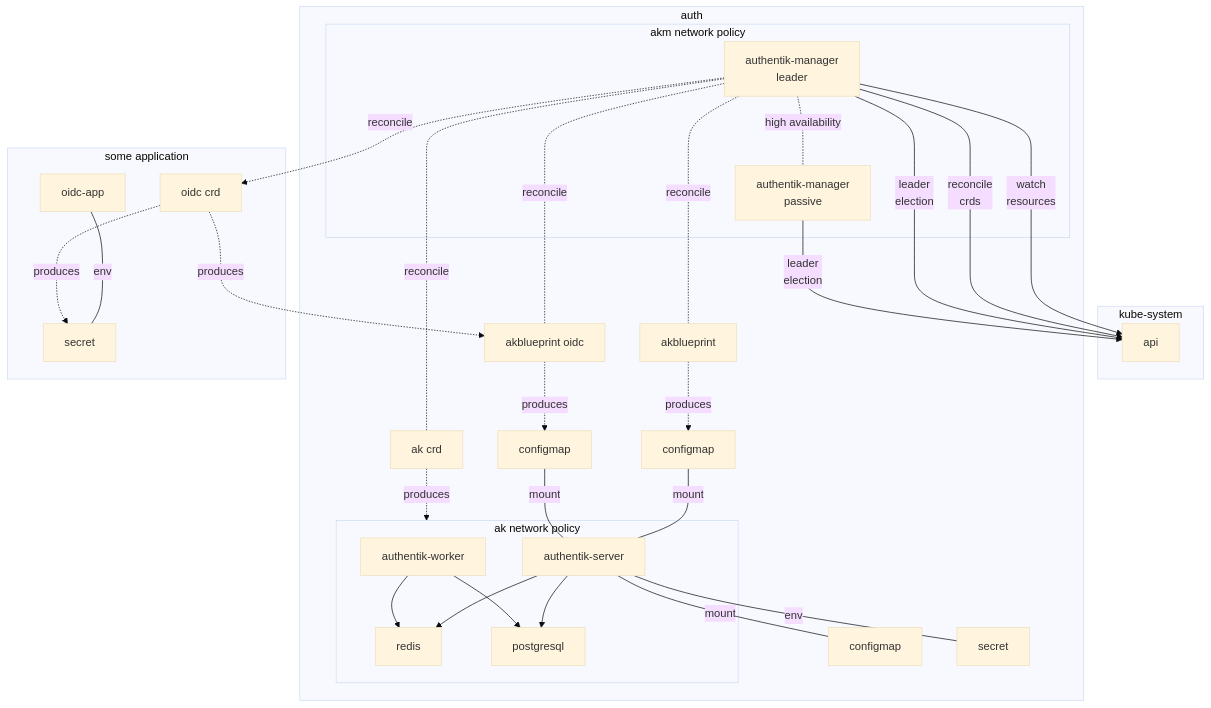
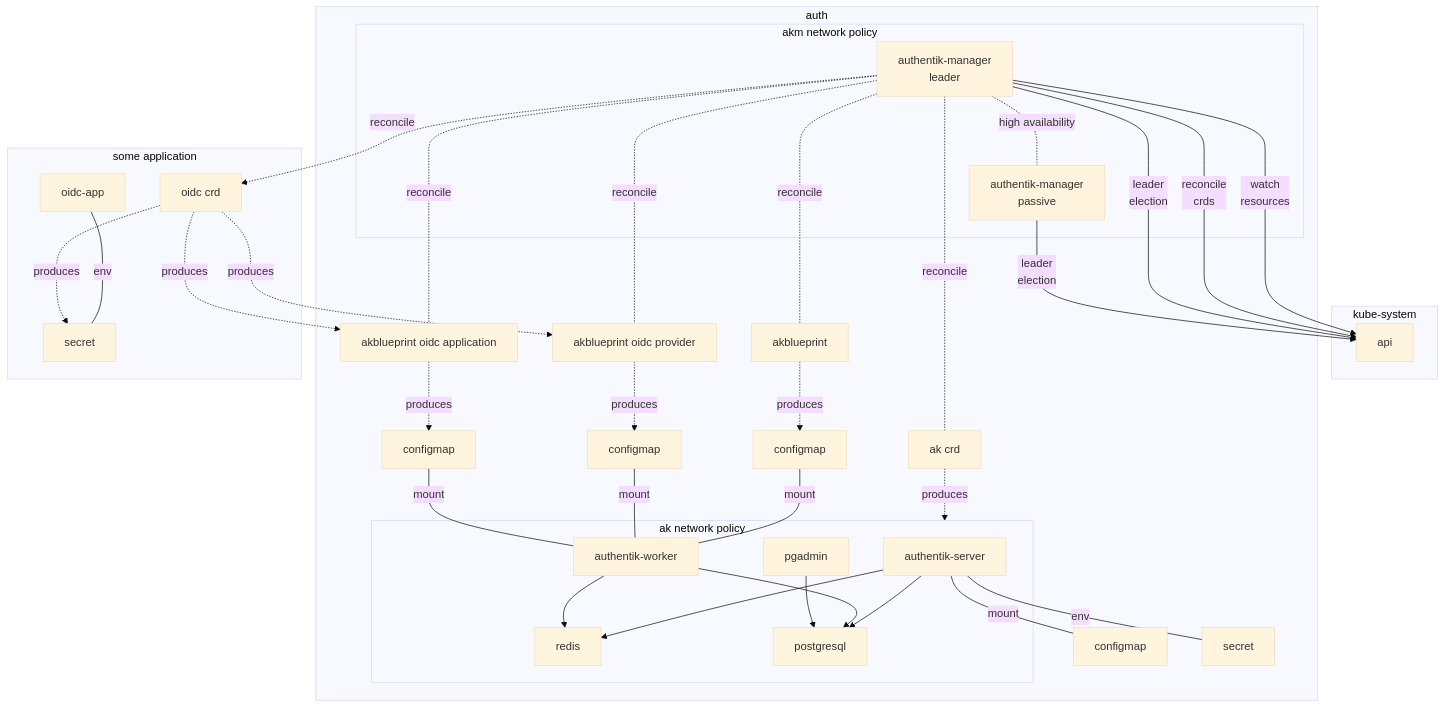
One commit to DreamingRaven/authentik-manager changed the diagram in README.md. Above: the diagram before and after it, drawn with Mermaid (base theme).

Commit message:
Fixed inaccuracies in mermaid chart

````diff
--- a/README.md
+++ b/README.md
@@ -19,65 +19,73 @@
 ```mermaid
 
 flowchart TD
 
     subgraph kubeNs[kube-system]
         api[api]
         %% etcd[etcd]
         %% dns[dns]
         %% cm[controller-manager]
         %% proxy[proxy]
     end
 
     subgraph akmNs[auth]
         subgraph aknp[akm network policy]
             akm[authentik-manager\nleader]
             akm2[authentik-manager\npassive]
             akm-.-|high availability|akm2
             akm-->|watch\nresources|api
             akm-->|reconcile\ncrds|api
             akm-->|leader\nelection|api
             akm2-->|leader\nelection|api
         end
         subgraph netpol[ak network policy]
             akmpod1[authentik-server]
             akmpod2[authentik-worker]
             akmpod1-->akmredis[redis]
             akmpod2-->akmredis[redis]
             akmsql[postgresql]
             akmpod1-->akmsql
             akmpod2-->akmsql
+            pgadmin-->akmsql
 
         end
         ak[ak crd]
         akbpsec[configmap]
         ak-.->|produces|netpol
         akm-.-|reconcile|ak
         akbp-.->|produces|akbpsec
-        akbpsec---|mount|akmpod1
+        akbpsec---|mount|akmpod2
         akbp[akblueprint]
         akm-.-|reconcile|akbp
-        akbpoidc[akblueprint oidc]
-        akbpoidcsec[configmap]
-        akbpoidc-.->|produces|akbpoidcsec
-        akm-.-|reconcile|akbpoidc
-        akbpoidcsec---|mount|akmpod1
+
+        oidcProBp[akblueprint oidc provider]
+        oidcProBpCm[configmap]
+        oidcProBp-.->|produces|oidcProBpCm
+        akm-.-|reconcile|oidcProBp
+        oidcProBpCm---|mount|akmpod2
+
+        oidcAppBp[akblueprint oidc application]
+        oidcAppBpCm[configmap]
+        oidcAppBp-.->|produces|oidcAppBpCm
+        akm-.-|reconcile|oidcAppBp
+        oidcAppBpCm---|mount|akmpod2
 
         akmpod1---|mount|akmconfig[configmap]
         akmpod1---|env|akmsecret[secret]
 
     end
 
     akm-.->|reconcile|oidc
-    oidc-.->|produces|akbpoidc
-
+    oidc-.->|produces|oidcAppBp
+    oidc-.->|produces|oidcProBp
 
     subgraph app[some application]
 
         oidc[oidc crd]
         appoidc[oidc-app]
         oidcsec[secret]
                 appoidc---|env|oidcsec
         oidc -.->|produces| oidcsec
     end
 
 ```
````
